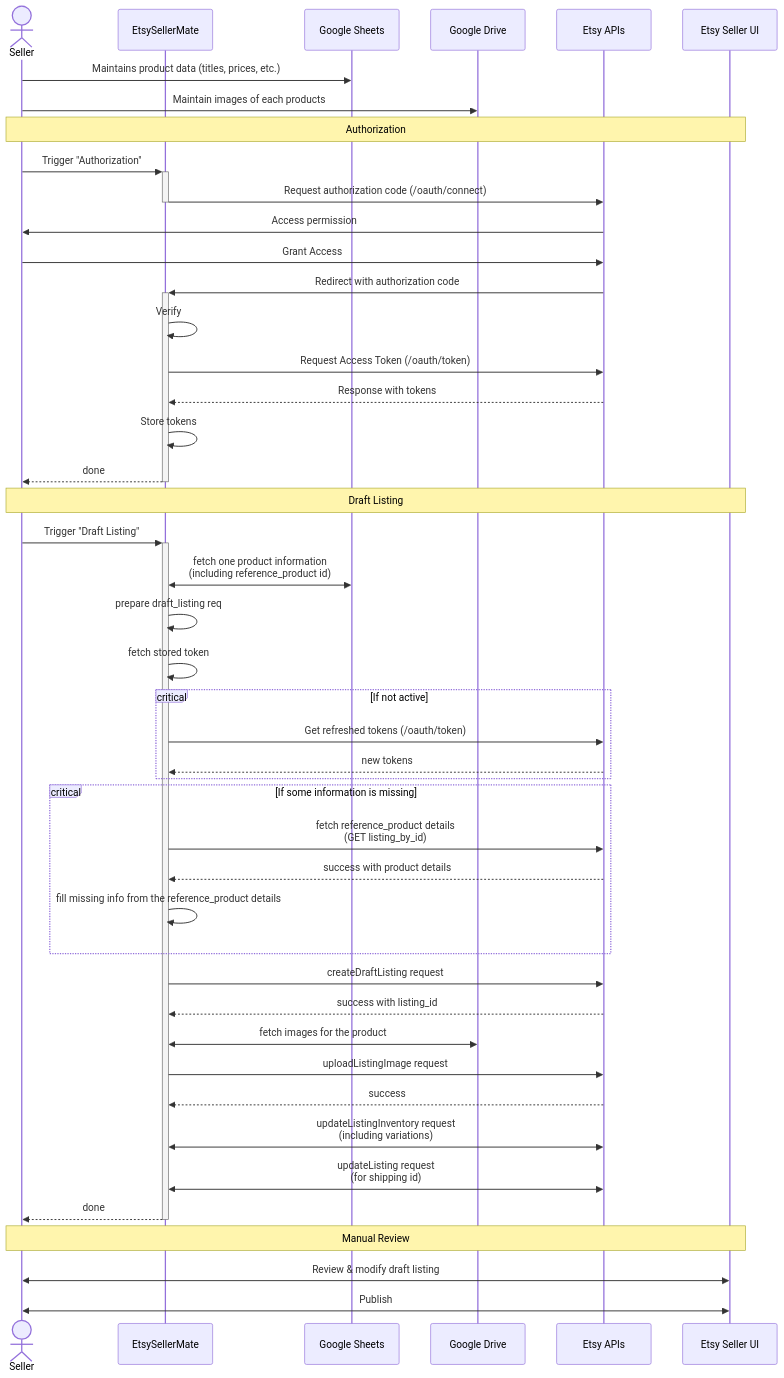
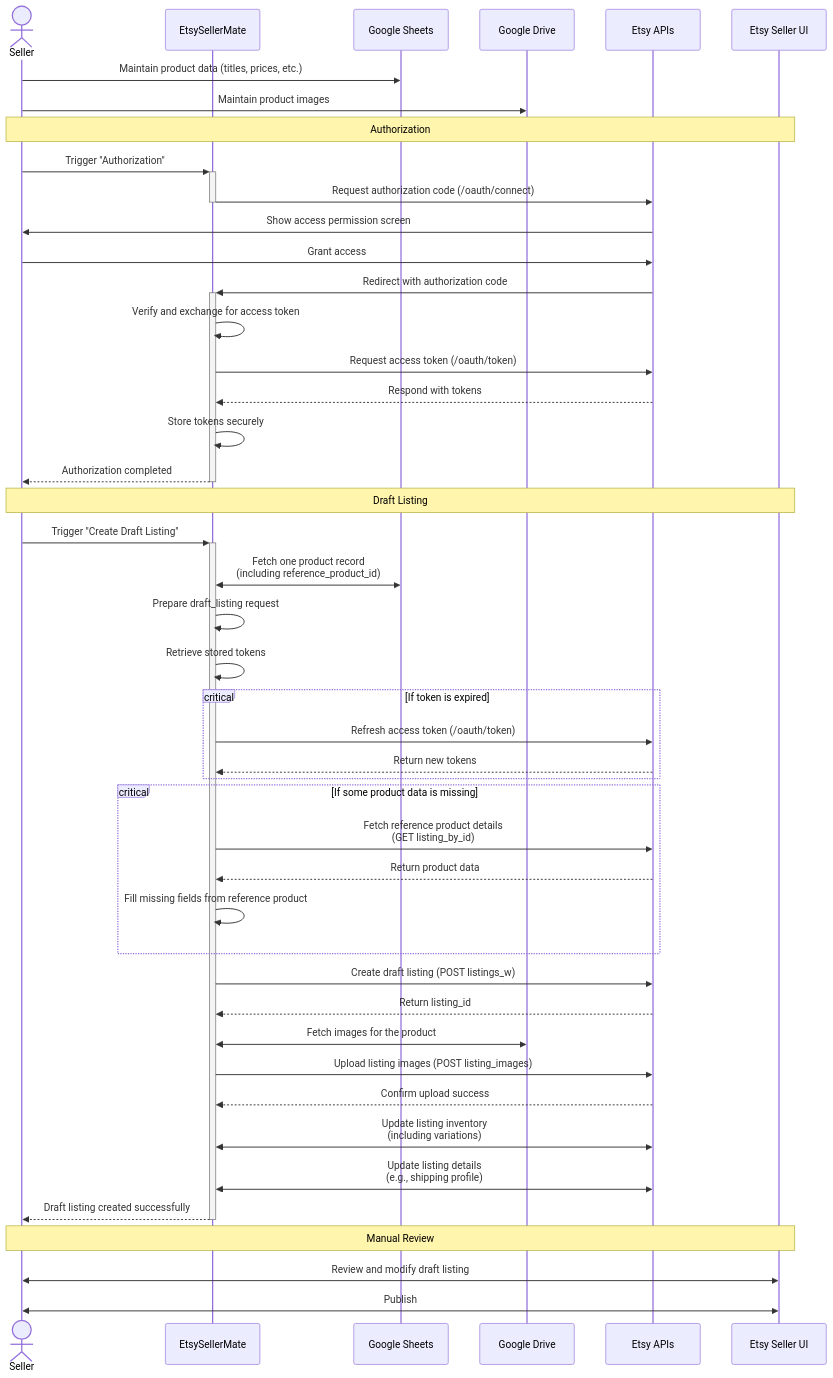
Before and after one commit to GhodasaraC/EtsySellerMate: the diagram in README.md, drawn with Mermaid. The commit also changed other lines of this file, not shown here.

Commit message:
Polished readme details

````diff
--- a/README.md
+++ b/README.md
@@ -40,51 +41,51 @@
 ```mermaid
 sequenceDiagram
     actor seller as Seller
     participant app as EtsySellerMate
     participant sheets as Google Sheets
     participant drive as Google Drive
     participant etsy as Etsy APIs
     participant etsyui as Etsy Seller UI
 
-    seller->>sheets: Maintains product data (titles, prices, etc.)
-    seller->>drive: Maintain images of each products
+    seller->>sheets: Maintain product data (titles, prices, etc.)
+    seller->>drive: Maintain product images
 
     Note over seller,etsyui: Authorization
     seller->>+app: Trigger "Authorization"
     app->>-etsy: Request authorization code (/oauth/connect)
-    etsy->>seller: Access permission
-    seller->>etsy: Grant Access
+    etsy->>seller: Show access permission screen
+    seller->>etsy: Grant access
     etsy->>+app: Redirect with authorization code
-    app->>app: Verify
-    app->>etsy: Request Access Token (/oauth/token)
-    etsy-->>app: Response with tokens
-    app->>app: Store tokens
-    app-->>-seller: done
+    app->>app: Verify and exchange for access token
+    app->>etsy: Request access token (/oauth/token)
+    etsy-->>app: Respond with tokens
+    app->>app: Store tokens securely
+    app-->>-seller: Authorization completed
 
     Note over seller,etsyui: Draft Listing
-    seller->>+app: Trigger "Draft Listing"
-    app<<->>sheets: fetch one product information<br/>(including reference_product id)
-    app->>app: prepare draft_listing req
-    app->>app: fetch stored token
-    critical If not active
-        app->>etsy: Get refreshed tokens (/oauth/token)
-        etsy-->>app: new tokens
+    seller->>+app: Trigger "Create Draft Listing"
+    app<<->>sheets: Fetch one product record<br/>(including reference_product_id)
+    app->>app: Prepare draft_listing request
+    app->>app: Retrieve stored tokens
+    critical If token is expired
+        app->>etsy: Refresh access token (/oauth/token)
+        etsy-->>app: Return new tokens
     end
-    critical If some information is missing
-        app->>etsy: fetch reference_product details<br/>(GET listing_by_id)
-        etsy-->>app: success with product details
-        app->>app: fill missing info from the reference_product details
+    critical If some product data is missing
+        app->>etsy: Fetch reference product details<br/>(GET listing_by_id)
+        etsy-->>app: Return product data
+        app->>app: Fill missing fields from reference product
     end
-    app->>etsy: createDraftListing request
-    etsy-->>app: success with listing_id
-    app<<->>drive: fetch images for the product
-    app->>etsy: uploadListingImage request
-    etsy-->>app: success
-    app<<->>etsy: updateListingInventory request<br/>(including variations)
-    app<<->>etsy: updateListing request<br/>(for shipping id)
-    app-->>-seller: done
+    app->>etsy: Create draft listing (POST listings_w)
+    etsy-->>app: Return listing_id
+    app<<->>drive: Fetch images for the product
+    app->>etsy: Upload listing images (POST listing_images)
+    etsy-->>app: Confirm upload success
+    app<<->>etsy: Update listing inventory<br/>(including variations)
+    app<<->>etsy: Update listing details<br/>(e.g., shipping profile)
+    app-->>-seller: Draft listing created successfully
     
     Note over seller,etsyui: Manual Review
-    seller<<->>etsyui: Review & modify draft listing
+    seller<<->>etsyui: Review and modify draft listing
     seller<<->>etsyui: Publish
 ```
````
